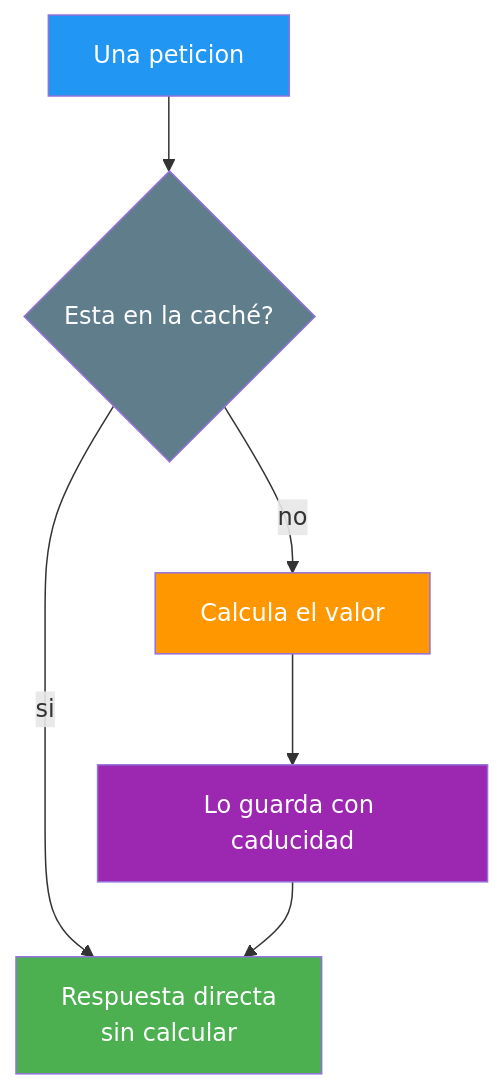
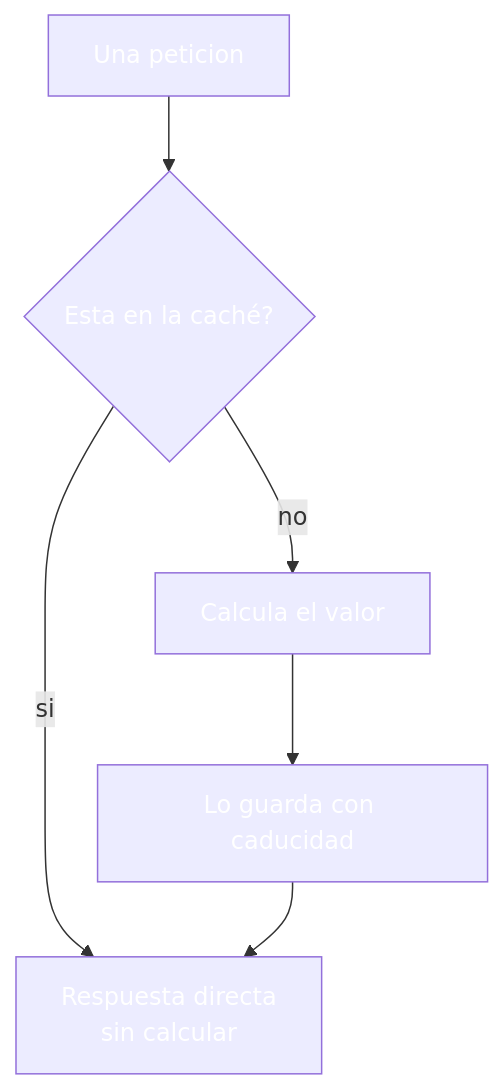
Before and after one commit to joseluisgs/DesarrolloWebEntornosServidor-03-2026-2027: the third of 6 diagrams in 21-optimizacion-rendimiento.md, drawn with Mermaid. The commit also changed other lines of this file and 30 other files, not shown here.

````diff
--- a/21-optimizacion-rendimiento.md
+++ b/21-optimizacion-rendimiento.md
@@ -154,13 +154,13 @@
 ```mermaid
 graph TD
     P["Una peticion"] --> Q{"Esta en la caché?"}
     Q -->|si| R["Respuesta directa<br/>sin calcular"]
     Q -->|no| C["Calcula el valor"]
     C --> G["Lo guarda con caducidad"]
     G --> R
-    style P fill:#2196F3,color:#fff
-    style Q fill:#607D8B,color:#fff
-    style R fill:#4CAF50,color:#fff
-    style C fill:#FF9800,color:#fff
-    style G fill:#9C27B0,color:#fff
+    style P fill:#2196F,color:#fff3,color:#fff
+    style Q fill:#607D8,color:#fffB,color:#fff
+    style R fill:#4CAF5,color:#fff0,color:#fff
+    style C fill:#FF980,color:#fff0,color:#fff
+    style G fill:#9C27B,color:#fff0,color:#fff
 ```
````
